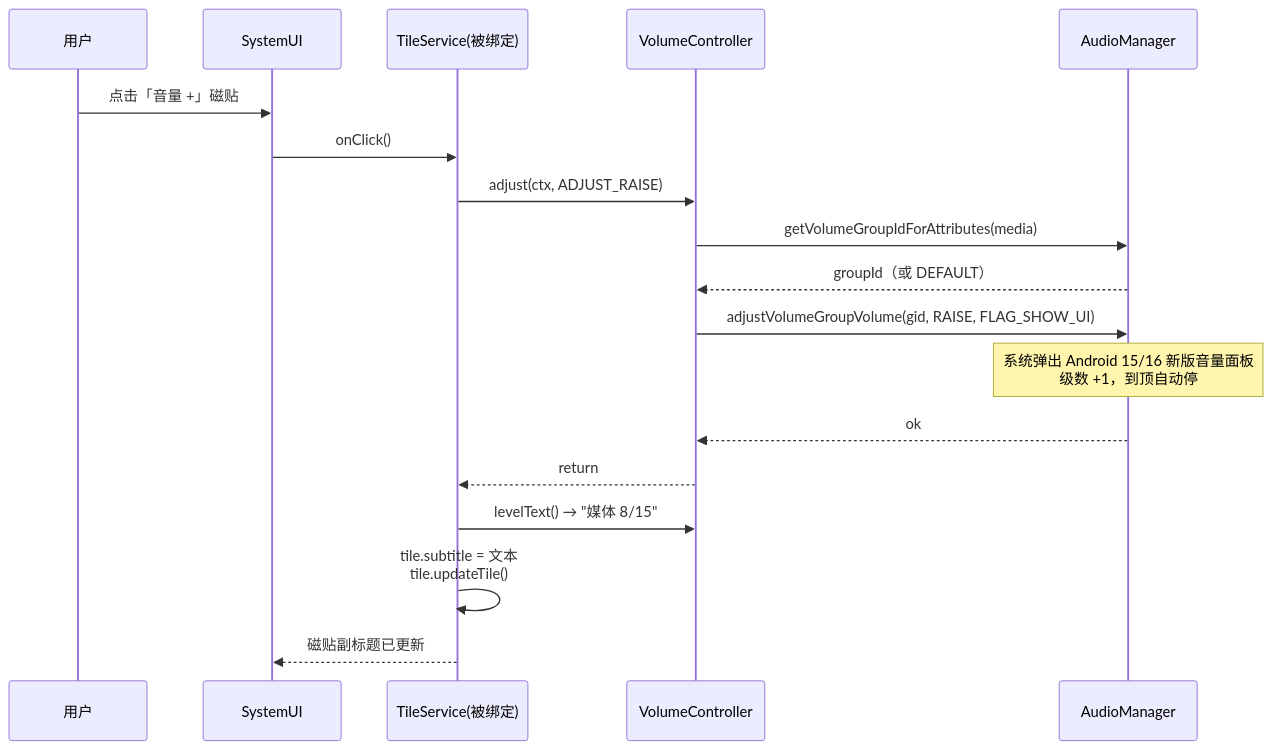
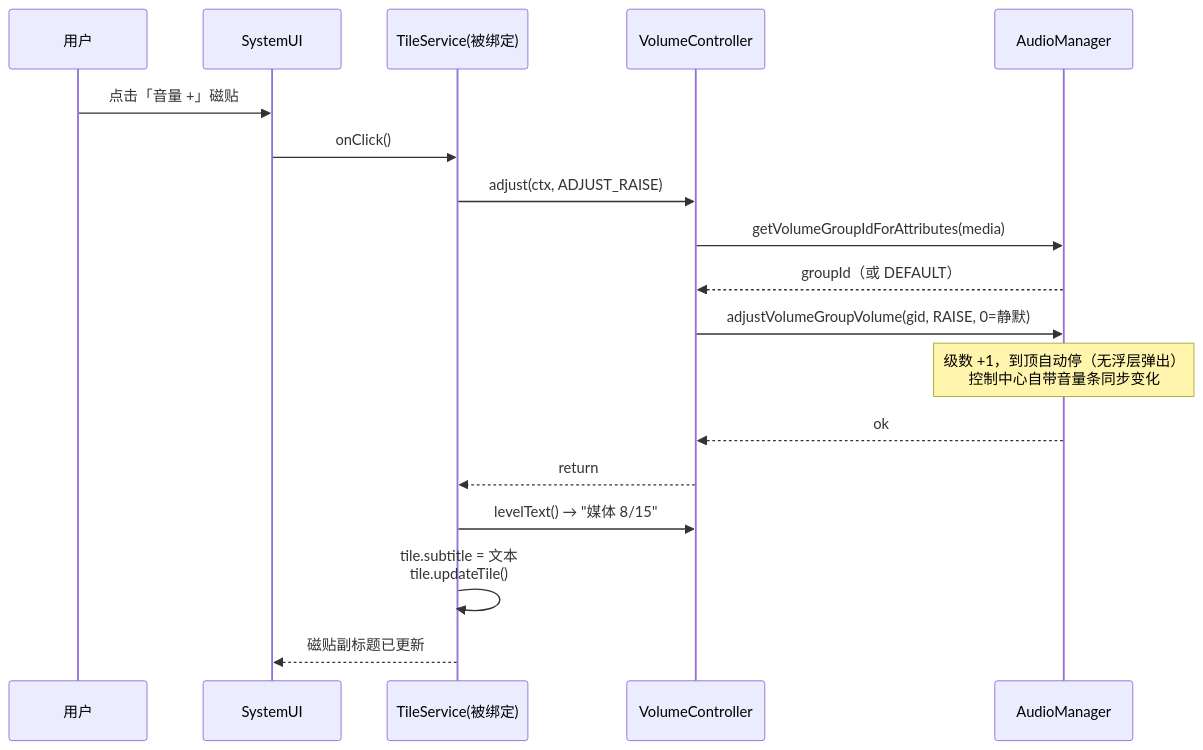
Before and after one commit to ExcuseLme/VolumeTile: the second of 2 diagrams in docs/design.md, drawn with Mermaid. The commit also changed other lines of this file and 6 other files, not shown here.

````diff
--- a/docs/design.md
+++ b/docs/design.md
@@ -310,21 +317,21 @@
 ```mermaid
 sequenceDiagram
     participant U as 用户
     participant S as SystemUI
     participant T as TileService(被绑定)
     participant C as VolumeController
     participant A as AudioManager
 
     U->>S: 点击「音量 +」磁贴
     S->>T: onClick()
     T->>C: adjust(ctx, ADJUST_RAISE)
     C->>A: getVolumeGroupIdForAttributes(media)
     A-->>C: groupId（或 DEFAULT）
-    C->>A: adjustVolumeGroupVolume(gid, RAISE, FLAG_SHOW_UI)
-    Note over A: 系统弹出 Android 15/16 新版音量面板<br/>级数 +1，到顶自动停
+    C->>A: adjustVolumeGroupVolume(gid, RAISE, 0=静默)
+    Note over A: 级数 +1，到顶自动停（无浮层弹出）<br/>控制中心自带音量条同步变化
     A-->>C: ok
     C-->>T: return
     T->>C: levelText() → "媒体 8/15"
     T->>T: tile.subtitle = 文本<br/>tile.updateTile()
     T-->>S: 磁贴副标题已更新
 ```
````
